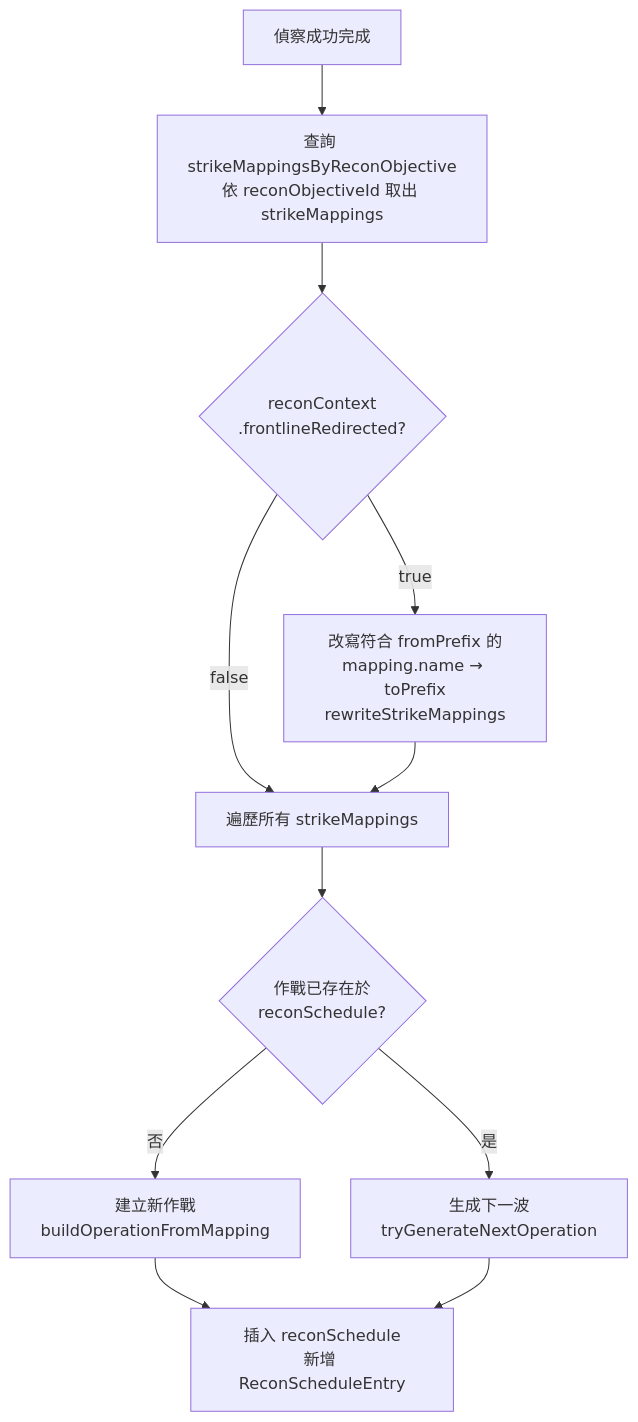
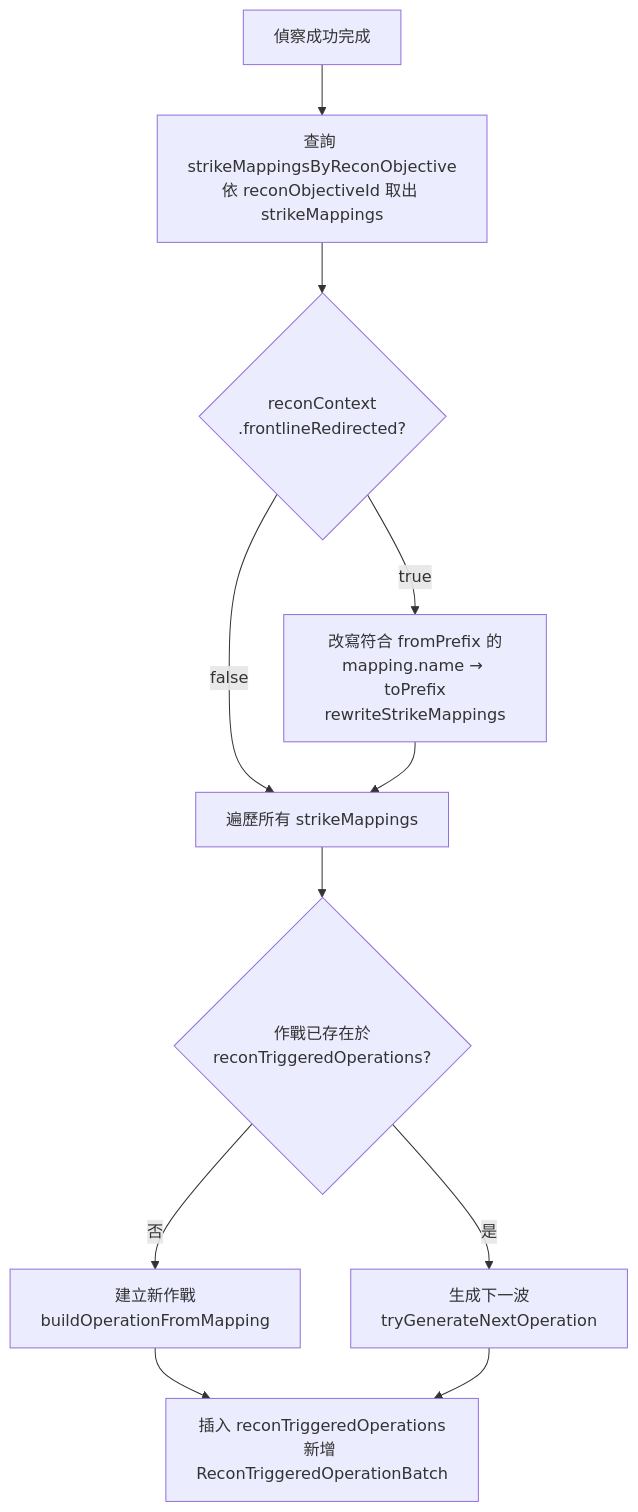
The second of 5 diagrams in docs/strikePlanner/recon.md (pullupjumper/formosa-in-flames), drawn with Mermaid before and after one commit. The commit also changed other lines of this file and 16 other files, not shown here.

Commit message:
refactor(strikePlanner): rename recon schedule to recon-triggered operations

````diff
--- a/docs/strikePlanner/recon.md
+++ b/docs/strikePlanner/recon.md
@@ -84,23 +84,23 @@
 ```mermaid
 flowchart TD
     RECON_OK["偵察成功完成"]
     MATRIX["查詢 strikeMappingsByReconObjective<br>依 reconObjectiveId 取出 strikeMappings"]
     REDIRECT{"reconContext<br>.frontlineRedirected?"}
     REWRITE["改寫符合 fromPrefix 的<br>mapping.name → toPrefix<br>rewriteStrikeMappings"]
     LOOP["遍歷所有 strikeMappings"]
-    CHECK{"作戰已存在於<br>reconSchedule?"}
+    CHECK{"作戰已存在於<br>reconTriggeredOperations?"}
     NEW["建立新作戰<br>buildOperationFromMapping"]
     NEXT["生成下一波<br>tryGenerateNextOperation"]
-    INSERT["插入 reconSchedule<br>新增 ReconScheduleEntry"]
+    INSERT["插入 reconTriggeredOperations<br>新增 ReconTriggeredOperationBatch"]
 
     RECON_OK --> MATRIX
     MATRIX --> REDIRECT
     REDIRECT -->|true| REWRITE
     REDIRECT -->|false| LOOP
     REWRITE --> LOOP
     LOOP --> CHECK
     CHECK -->|否| NEW
     CHECK -->|是| NEXT
     NEW --> INSERT
     NEXT --> INSERT
 ```
````
